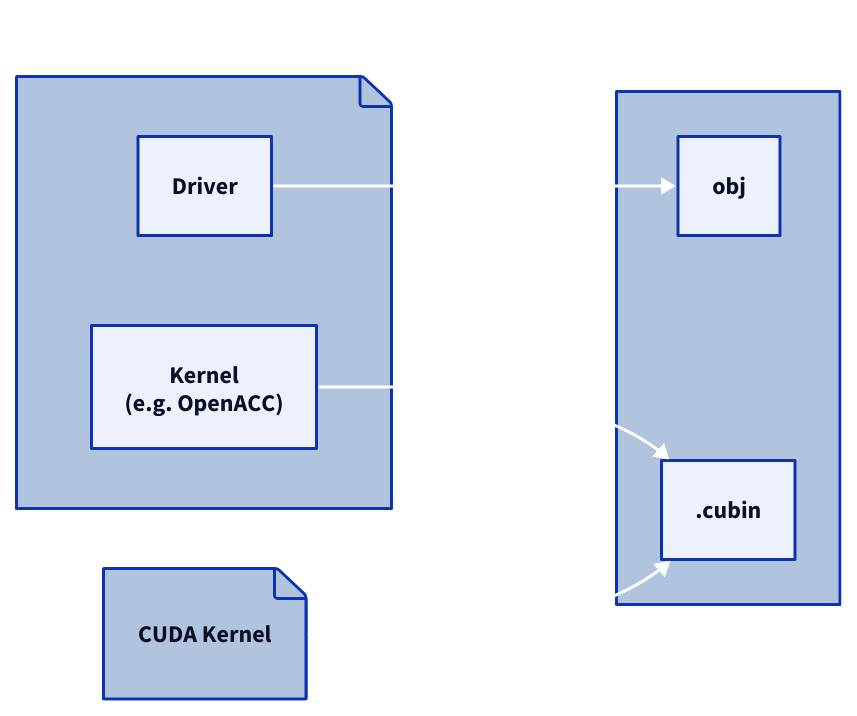
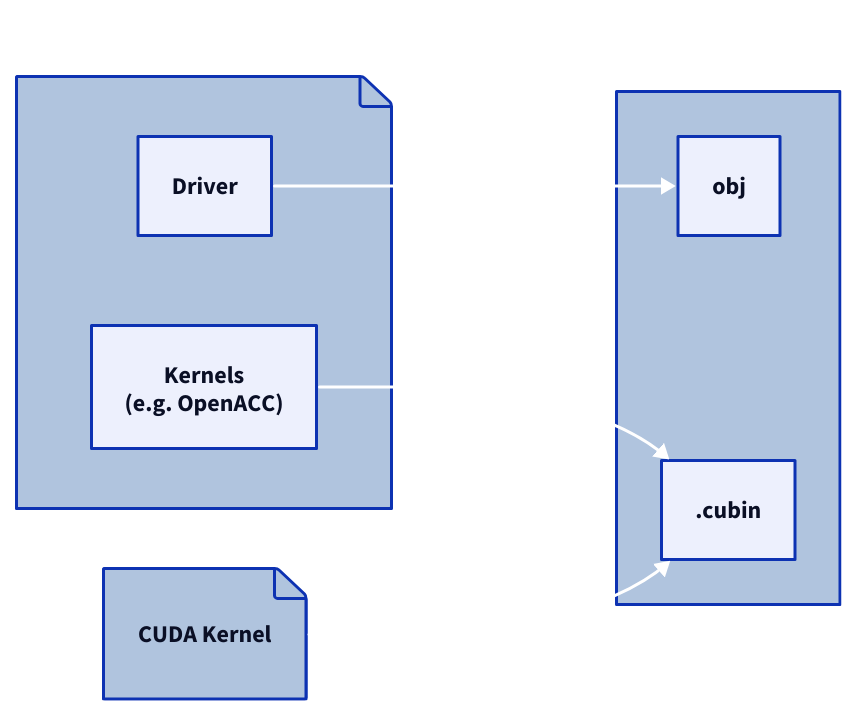
One commit to marshallward/sewg2026 changed the diagram in d2/kernel.d2. Above: the diagram before and after it, drawn with D2. The commit also changed 9 other files, not shown here.

```diff
--- a/d2/kernel.d2
+++ b/d2/kernel.d2
@@ -1,44 +1,44 @@
 style.fill: transparent
 direction: right
 
 source {
     label: main.c
     shape: page
     style.font-color: white
     style.fill: lightsteelblue
     direction: down 
 
     driver.label: Driver
 
-    kernel.label: Kernel\n(e.g. OpenACC)
+    kernel.label: Kernels\n(e.g. OpenACC)
 }
 
 kernel {
     label: CUDA Kernel
     shape: page
     style.fill: lightsteelblue
 }
 
 program {
     label: Program
     style.font-color: white
     style.fill: lightsteelblue
     direction: down
 
     obj {}
 
     cubin.label: ".cubin"
 }
 
 source.driver -> program.obj: nvc {
     style.stroke: white
     style.font-color: white
 }
 source.kernel -> program.cubin: nvc {
     style.stroke: white
     style.font-color: white
 }
 kernel -> program.cubin: nvcc {
     style.stroke: white
     style.font-color: white
 }
```
